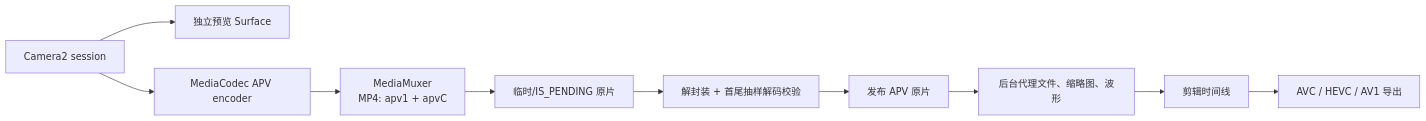
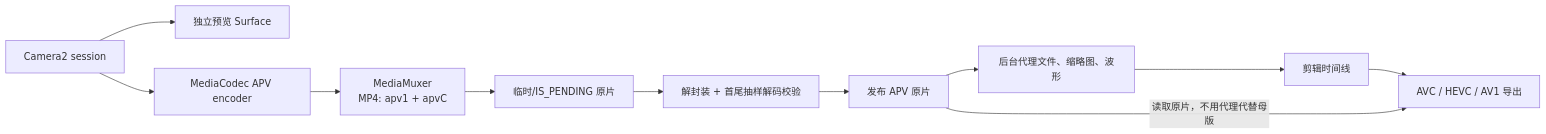
One commit to Gracker/android-internals-wiki changed the third of 3 diagrams in src/part2-performance/ch13-rendering-pipelines/11-video-overlay-media3-codec-pipeline.md. Above: the diagram before and after it, drawn with Mermaid. The commit also changed other lines of this file and 196 other files, not shown here.

````diff
--- a/src/part2-performance/ch13-rendering-pipelines/11-video-overlay-media3-codec-pipeline.md
+++ b/src/part2-performance/ch13-rendering-pipelines/11-video-overlay-media3-codec-pipeline.md
@@ -1608,12 +1653,13 @@
 ```mermaid
 flowchart LR
     C["Camera2 session"] --> P["独立预览 Surface"]
     C --> E["MediaCodec APV encoder"]
     E --> M["MediaMuxer<br/>MP4: apv1 + apvC"]
     M --> O["临时/IS_PENDING 原片"]
     O --> V["解封装 + 首尾抽样解码校验"]
     V --> A["发布 APV 原片"]
     A --> J["后台代理文件、缩略图、波形"]
     J --> T["剪辑时间线"]
     T --> X["AVC / HEVC / AV1 导出"]
+    A -->|读取原片，不用代理代替母版| X
 ```
````
